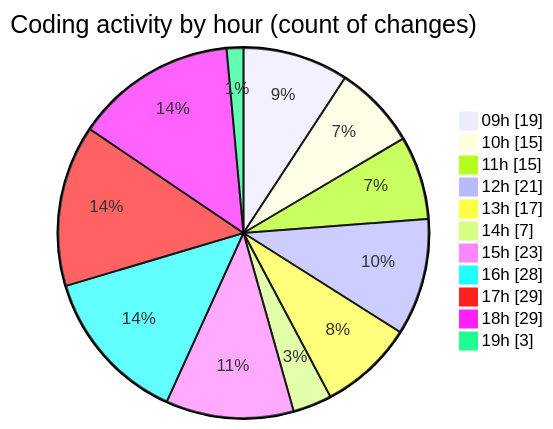
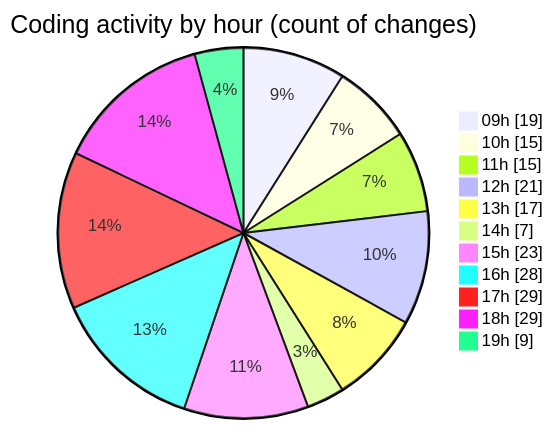
The second of 2 diagrams in 2025-09-05/cda/README.md (momahboobian/code-tracking), drawn with Mermaid before and after one commit. The commit also changed other lines of this file and 1 other file, not shown here.

````diff
--- a/2025-09-05/cda/README.md
+++ b/2025-09-05/cda/README.md
@@ -37,15 +38,15 @@
 ```mermaid
 pie showData
 title Coding activity by hour (count of changes)
 "09h" : 19
 "10h" : 15
 "11h" : 15
 "12h" : 21
 "13h" : 17
 "14h" : 7
 "15h" : 23
 "16h" : 28
 "17h" : 29
 "18h" : 29
-"19h" : 3
+"19h" : 9
 ```
````
